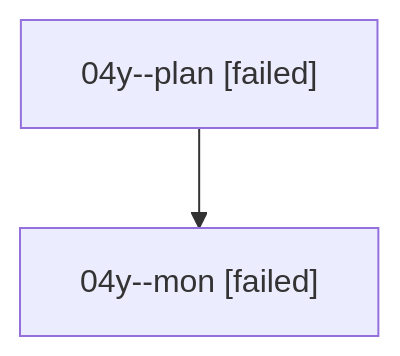
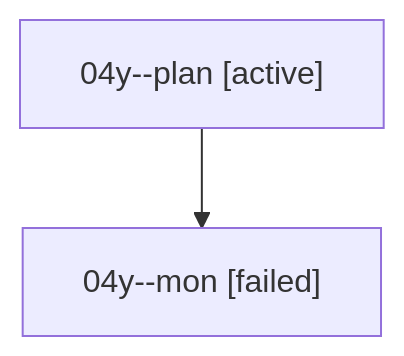
Before and after one commit to sase-org/sase--agents: the diagram in families/bbugyi200.athena.04y.md, drawn with Mermaid. The commit also changed other lines of this file and 35830 other files, not shown here.

````diff
--- a/families/bbugyi200.athena.04y.md
+++ b/families/bbugyi200.athena.04y.md
@@ -9,6 +9,6 @@
 ```mermaid
 flowchart TD
-  n0["04y--plan [failed]"]
+  n0["04y--plan [active]"]
   n1["04y--mon [failed]"]
   n0 --> n1
 ```
````
